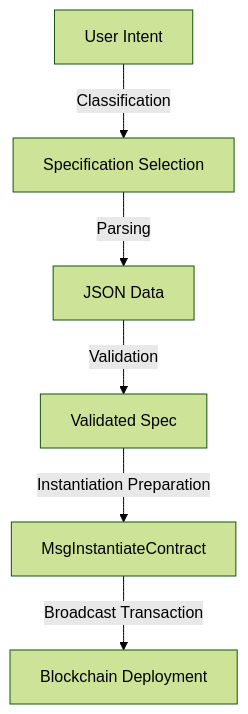
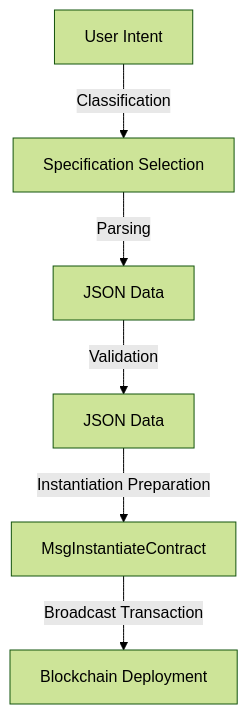
One commit to nayname/ntrn changed the diagram in README.md. Above: the diagram before and after it, drawn with Mermaid (forest theme).

````diff
--- a/README.md
+++ b/README.md
@@ -48,8 +48,8 @@
 ```mermaid
 graph TD
     A[User Intent] -->|Classification| B[Specification Selection]
     B -->|Parsing| C[JSON Data]
-    C -->|Validation| D[Validated Spec]
+    C -->|Validation| D[JSON Data]
     D -->|Instantiation Preparation| E[MsgInstantiateContract]
     E -->|Broadcast Transaction| F[Blockchain Deployment]
 ```
````
